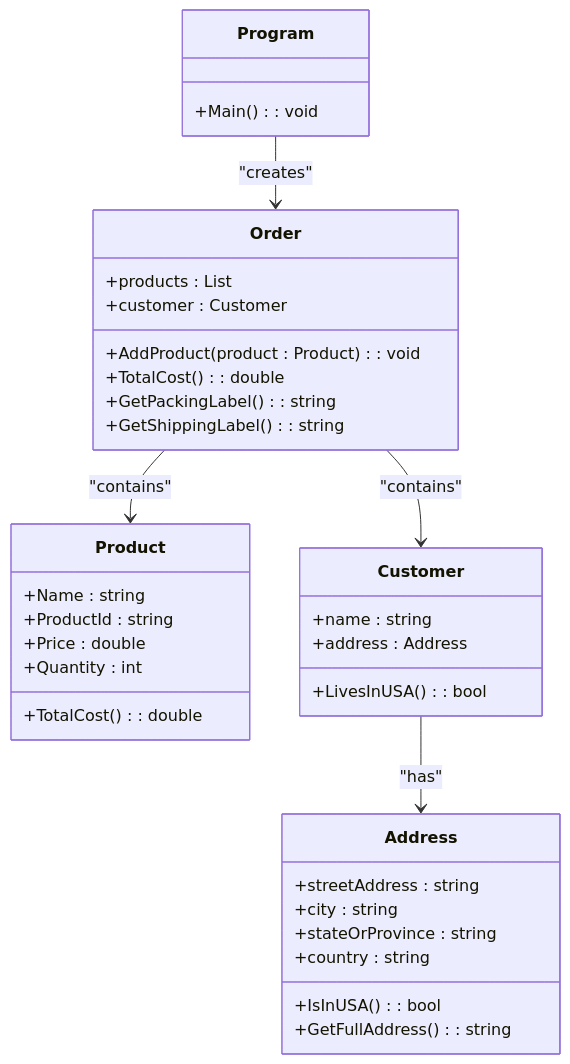
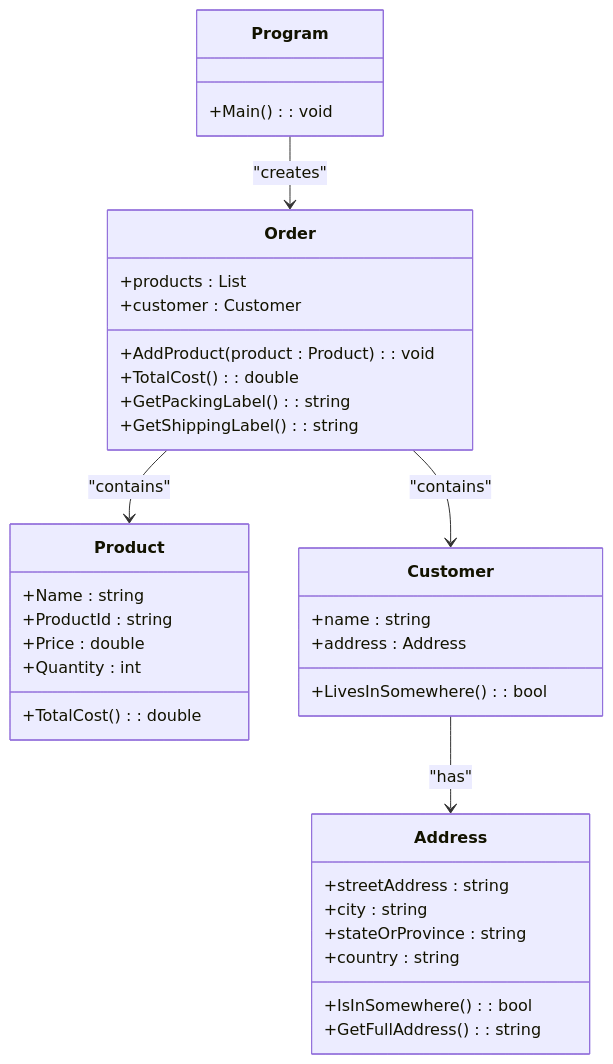
Before and after one commit to LivZas/cse210-projects: the diagram in foundation/Foundation2/Diagram.mmd, drawn with Mermaid. The commit also changed 5 other files, not shown here.

```diff
--- a/foundation/Foundation2/Diagram.mmd
+++ b/foundation/Foundation2/Diagram.mmd
@@ -1,41 +1,41 @@
 classDiagram
     Program --> Order : "creates"
     Order --> Product : "contains"
     Order --> Customer : "contains"
     Customer --> Address : "has"
 
     class Program {
         +Main() : void
     }
 
     class Product {
         +Name : string
         +ProductId : string
         +Price : double
         +Quantity : int
         +TotalCost() : double
     }
 
     class Order {
         +products : List<Product>
         +customer : Customer
         +AddProduct(product : Product) : void
         +TotalCost() : double
         +GetPackingLabel() : string
         +GetShippingLabel() : string
     }
 
     class Customer {
         +name : string
         +address : Address
-        +LivesInUSA() : bool
+        +LivesInSomewhere() : bool
     }
 
     class Address {
         +streetAddress : string
         +city : string
         +stateOrProvince : string
         +country : string
-        +IsInUSA() : bool
+        +IsInSomewhere() : bool
         +GetFullAddress() : string
     }
```
